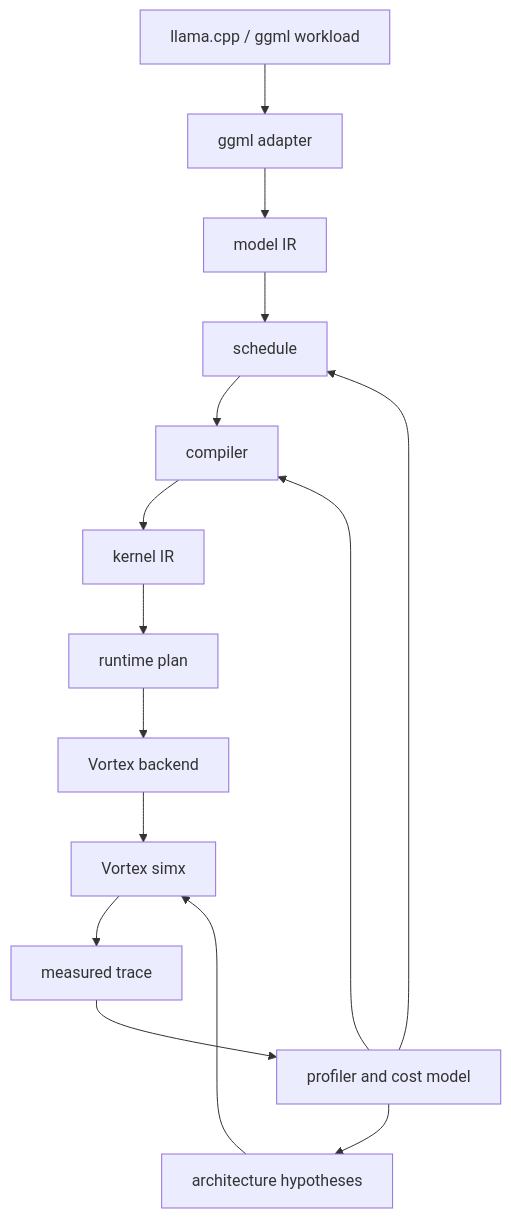
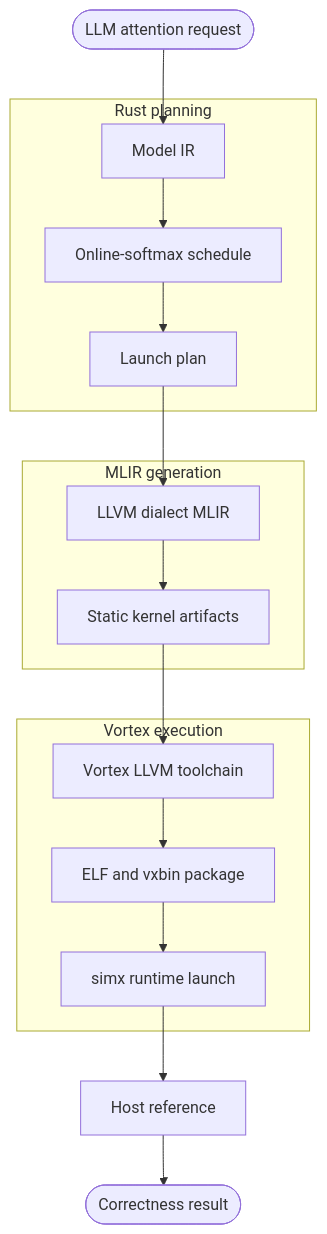
Before and after one commit to devillove084/Mandrel: the diagram in README.md, drawn with Mermaid. The commit also changed other lines of this file and 54 other files, not shown here.

Commit message:
feat: support mlir codegen and attention

````diff
--- a/README.md
+++ b/README.md
@@ -114,17 +14,32 @@
 ```mermaid
-flowchart TD
-    A[llama.cpp / ggml workload] --> B[ggml adapter]
-    B --> C[model IR]
-    C --> D[schedule]
-    D --> E[compiler]
-    E --> F[kernel IR]
-    F --> G[runtime plan]
-    G --> H[Vortex backend]
-    H --> I[Vortex simx]
-    I --> J[measured trace]
-    J --> K[profiler and cost model]
-    K --> D
-    K --> E
-    K --> L[architecture hypotheses]
-    L --> I
+flowchart TB
+    A([LLM attention request])
+
+    subgraph R[Rust planning]
+        B[Model IR]
+        C[Online-softmax schedule]
+        D[Launch plan]
+        B --> C --> D
+    end
+
+    subgraph G[MLIR generation]
+        E[LLVM dialect MLIR]
+        F[Static kernel artifacts]
+        E --> F
+    end
+
+    subgraph V[Vortex execution]
+        H[Vortex LLVM toolchain]
+        I[ELF and vxbin package]
+        J[simx runtime launch]
+        H --> I --> J
+    end
+
+    K[Host reference]
+    L([Correctness result])
+
+    A --> B
+    D --> E
+    F --> H
+    J --> K --> L
 ```
````
